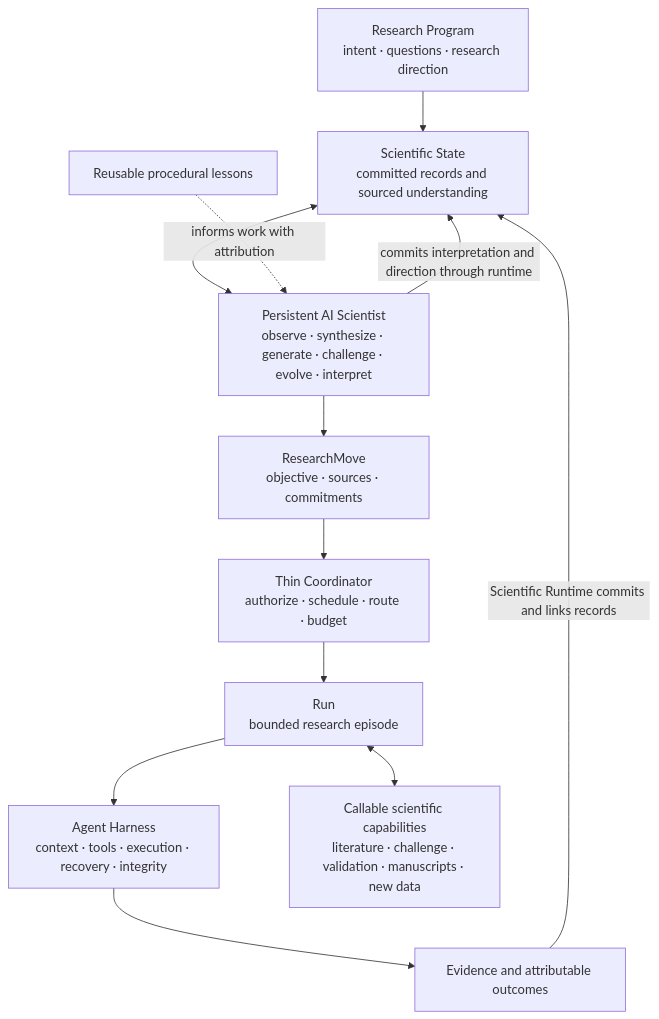
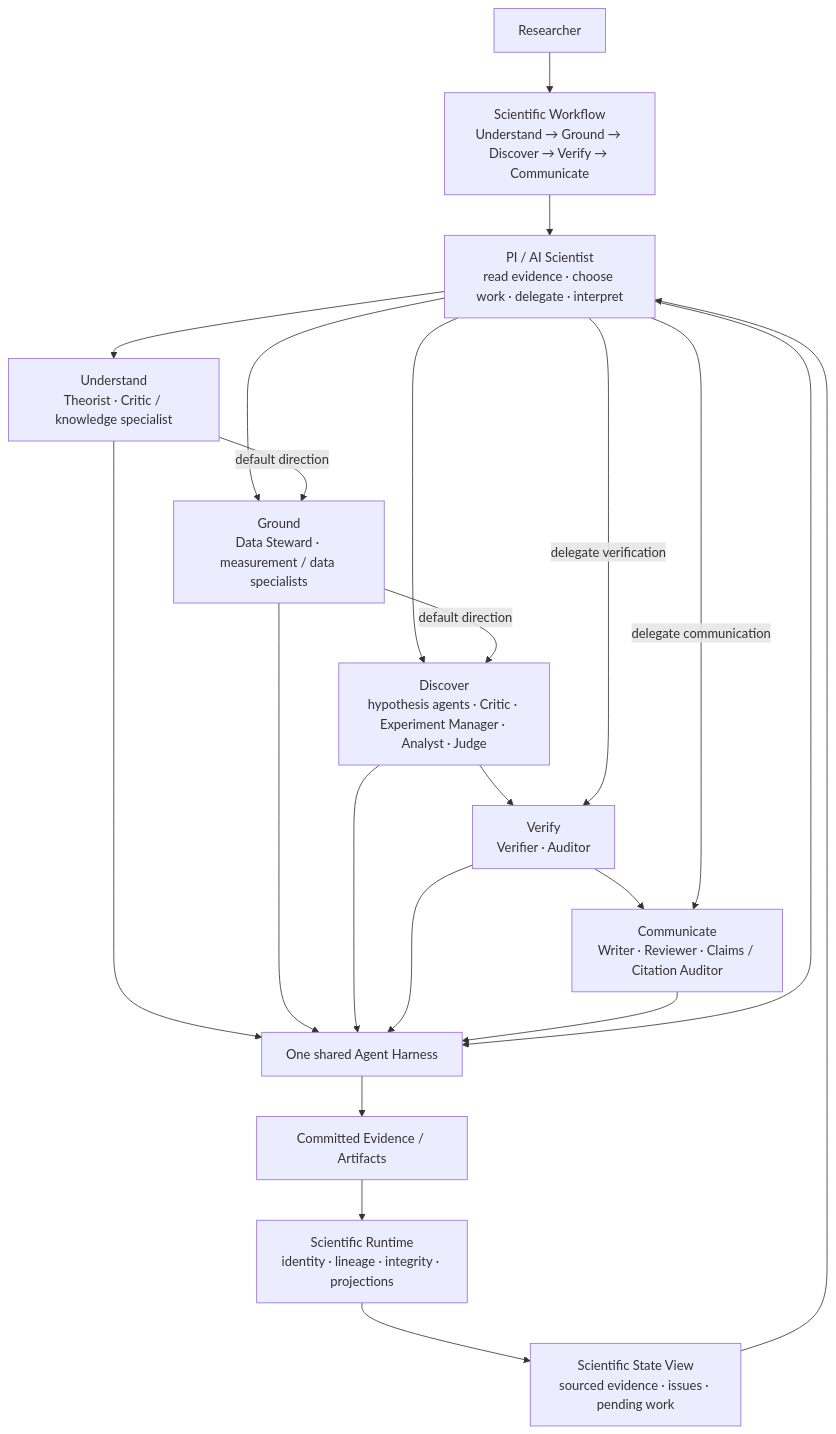
Before and after one commit to capstone-project-beyond8/popper-v2: the diagram in docs/ARCHITECTURE.md, drawn with Mermaid. The commit also changed other lines of this file and 2 other files, not shown here.

First line of the commit message:
docs: describe the five-stage scientific workflow and add architecture diagram

````diff
--- a/docs/ARCHITECTURE.md
+++ b/docs/ARCHITECTURE.md
@@ -24,14 +26,24 @@
 ```mermaid
 flowchart TD
-    P[Research Program<br/>intent · questions · research direction] --> K[Scientific State<br/>committed records and sourced understanding]
-    K <--> S[Persistent AI Scientist<br/>observe · synthesize · generate · challenge · evolve · interpret]
-    S --> M[ResearchMove<br/>objective · sources · commitments]
-    M --> C[Thin Coordinator<br/>authorize · schedule · route · budget]
-    C --> R[Run<br/>bounded research episode]
-    R --> H[Agent Harness<br/>context · tools · execution · recovery · integrity]
-    H --> E[Evidence and attributable outcomes]
-    E -->|Scientific Runtime commits and links records| K
-    S -->|commits interpretation and direction through runtime| K
-    R <--> X[Callable scientific capabilities<br/>literature · challenge · validation · manuscripts · new data]
-    L[Reusable procedural lessons] -. informs work with attribution .-> S
+    R[Researcher] --> W[Scientific Workflow<br/>Understand → Ground → Discover → Verify → Communicate]
+    W --> S[PI / AI Scientist<br/>read evidence · choose work · delegate · interpret]
+    S --> U[Understand<br/>Theorist · Critic / knowledge specialist]
+    S --> G[Ground<br/>Data Steward · measurement / data specialists]
+    S --> D[Discover<br/>hypothesis agents · Critic · Experiment Manager · Analyst · Judge]
+    U -->|default direction| G
+    G -->|default direction| D
+    D --> V[Verify<br/>Verifier · Auditor]
+    V --> C[Communicate<br/>Writer · Reviewer · Claims / Citation Auditor]
+    S -->|delegate verification| V
+    S -->|delegate communication| C
+    U --> H[One shared Agent Harness]
+    G --> H
+    D --> H
+    V --> H
+    C --> H
+    S --> H
+    H --> E[Committed Evidence / Artifacts]
+    E --> T[Scientific Runtime<br/>identity · lineage · integrity · projections]
+    T --> K[Scientific State View<br/>sourced evidence · issues · pending work]
+    K --> S
 ```
````
